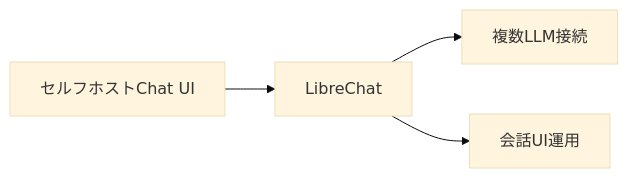
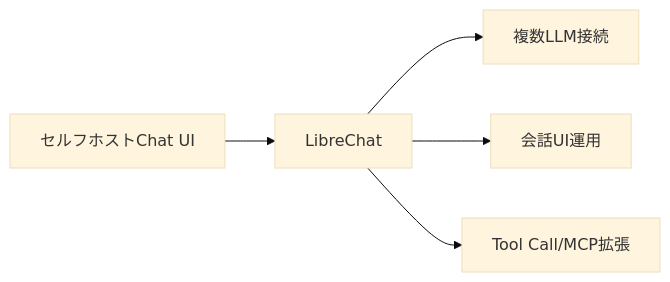
The first of 2 diagrams in docs/04-ui/04-librechat.md (duwenji/generative-ai-oss-tutorials), drawn with Mermaid (base theme) before and after one commit. The commit also changed other lines of this file and 6 other files, not shown here.

````diff
--- a/docs/04-ui/04-librechat.md
+++ b/docs/04-ui/04-librechat.md
@@ -97,6 +49,7 @@
 ```mermaid
 flowchart LR
-	A[セルフホストChat UI] --> B[LibreChat]
-	B --> C[複数LLM接続]
-	B --> D[会話UI運用]
+    A[セルフホストChat UI] --> B[LibreChat]
+    B --> C[複数LLM接続]
+    B --> D[会話UI運用]
+    B --> E[Tool Call/MCP拡張]
 ```
````
